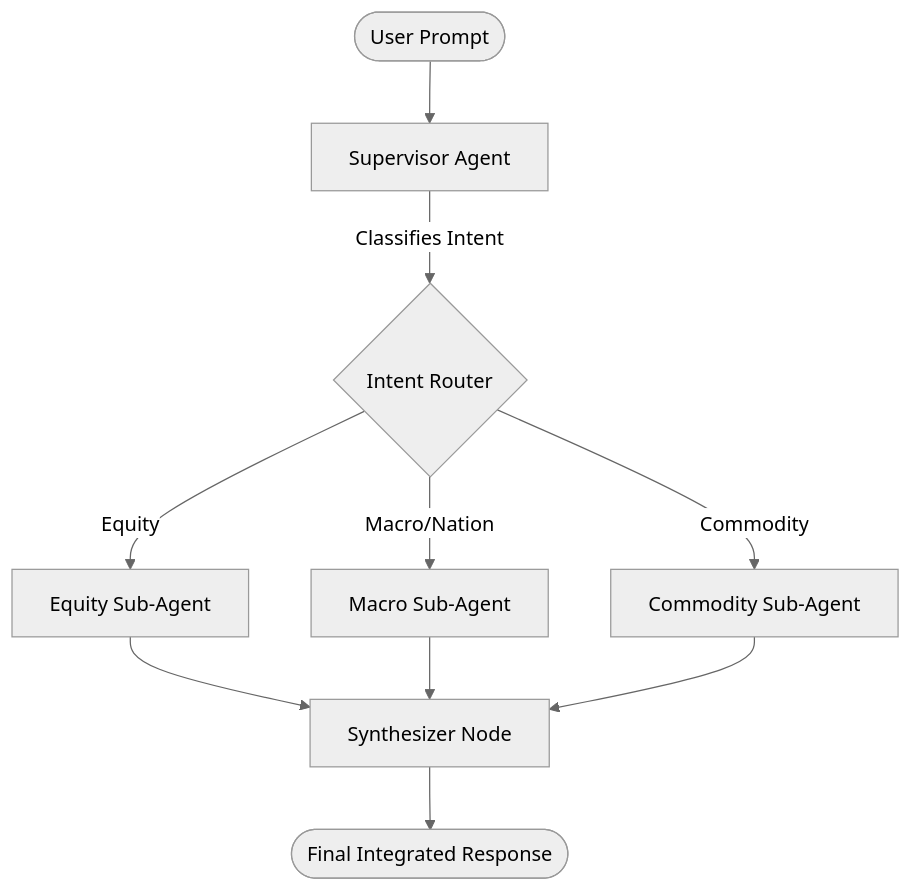
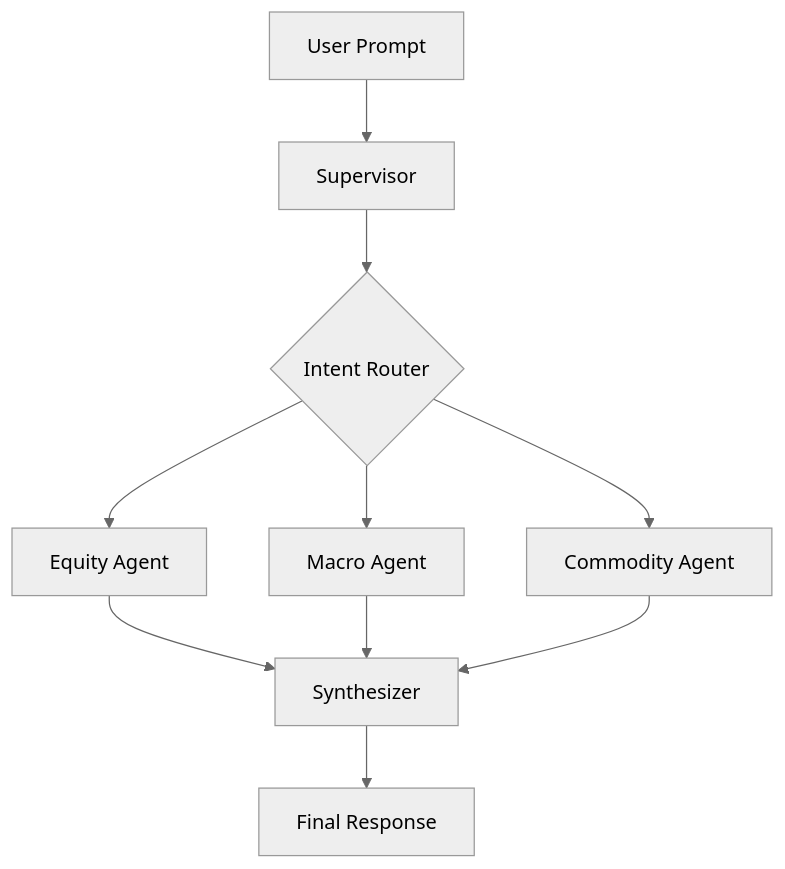
The diagram in README.md (TZZheng/AlphaSeeker), drawn with Mermaid (neutral theme) before and after one commit. The commit also changed other lines of this file and 11 other files, not shown here.

````diff
--- a/README.md
+++ b/README.md
@@ -10,15 +18,12 @@
 ```mermaid
 graph TD
-    User([User Prompt]) --> Supervisor[Supervisor Agent]
-    Supervisor --"Classifies Intent"--> Router{Intent Router}
-    
-    Router --Equity--> Agent1[Equity Sub-Agent]
-    Router --Macro/Nation--> Agent2[Macro Sub-Agent]
-    Router --Commodity--> Agent3[Commodity Sub-Agent]
-    
-    Agent1 --> Synthesizer[Synthesizer Node]
-    Agent2 --> Synthesizer
-    Agent3 --> Synthesizer
-    
-    Synthesizer --> Final([Final Integrated Response])
+    U[User Prompt] --> S[Supervisor]
+    S --> R{Intent Router}
+    R --> E[Equity Agent]
+    R --> M[Macro Agent]
+    R --> C[Commodity Agent]
+    E --> Y[Synthesizer]
+    M --> Y
+    C --> Y
+    Y --> O[Final Response]
 ```
````
